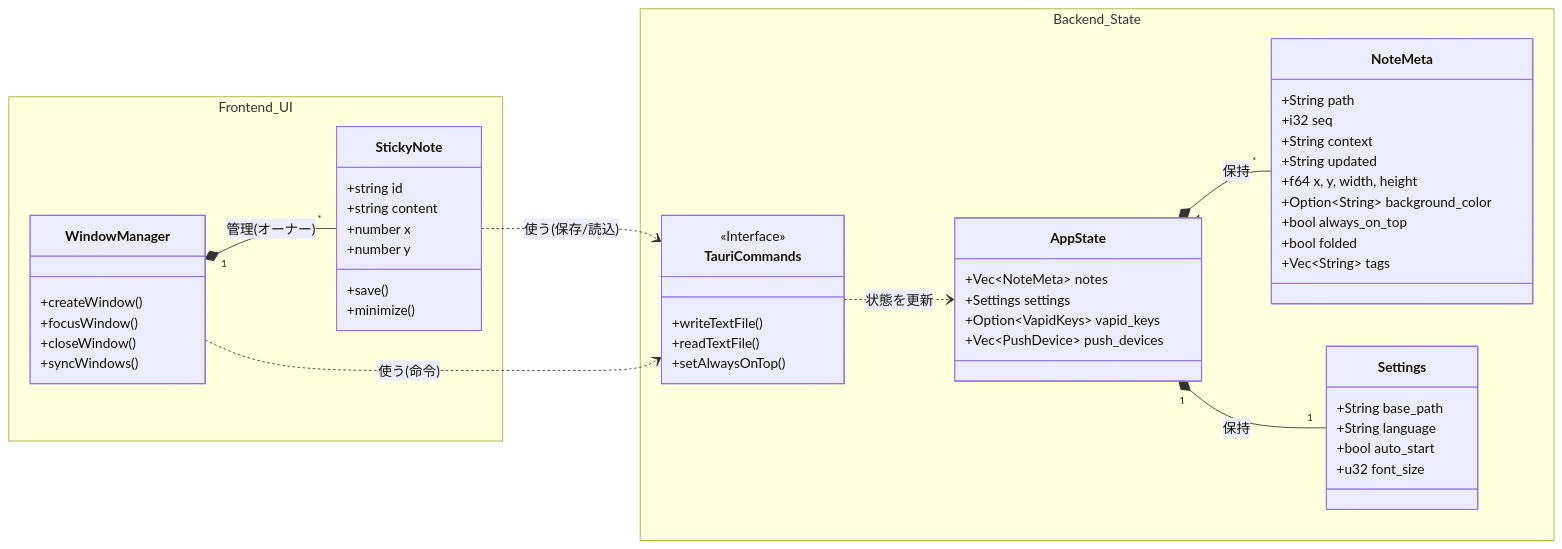
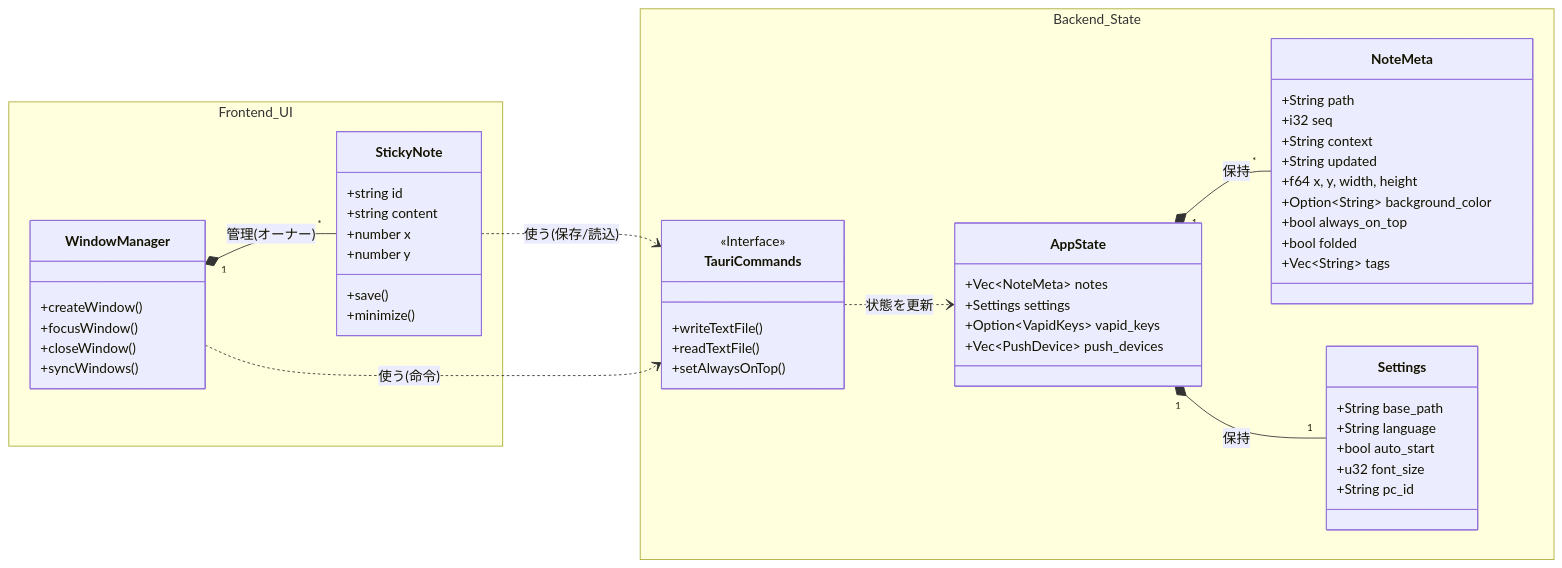
One commit to ore-no-fusen/ore-no-fusen changed the third of 8 diagrams in docs-v2/002_PC.md. Above: the diagram before and after it, drawn with Mermaid. The commit also changed other lines of this file and 14 other files, not shown here.

````diff
--- a/docs-v2/002_PC.md
+++ b/docs-v2/002_PC.md
@@ -290,63 +295,64 @@
 ```mermaid
 classDiagram
     direction LR
 
     namespace Frontend_UI {
         class WindowManager {
             +createWindow()
             +focusWindow()
             +closeWindow()
             +syncWindows()
         }
         class StickyNote {
             +string id
             +string content
             +number x
             +number y
             +save()
             +minimize()
         }
     }
 
     namespace Backend_State {
         class TauriCommands {
             <<Interface>>
             +writeTextFile()
             +readTextFile()
             +setAlwaysOnTop()
         }
         class AppState {
             +Vec~NoteMeta~ notes
             +Settings settings
             +Option~VapidKeys~ vapid_keys
             +Vec~PushDevice~ push_devices
         }
         class NoteMeta {
             +String path
             +i32 seq
             +String context
             +String updated
             +f64 x, y, width, height
             +Option~String~ background_color
             +bool always_on_top
             +bool folded
             +Vec~String~ tags
         }
         class Settings {
             +String base_path
             +String language
             +bool auto_start
             +u32 font_size
+            +String pc_id
         }
     }
 
     %% フロントエンド側の関係
     WindowManager "1" *-- "*" StickyNote : 管理(オーナー)
     StickyNote ..> TauriCommands : 使う(保存/読込)
     WindowManager ..> TauriCommands : 使う(命令)
 
     %% バックエンド側の状態のつながり
     TauriCommands ..> AppState : 状態を更新
     AppState "1" *-- "*" NoteMeta : 保持
     AppState "1" *-- "1" Settings : 保持
 ```
````
